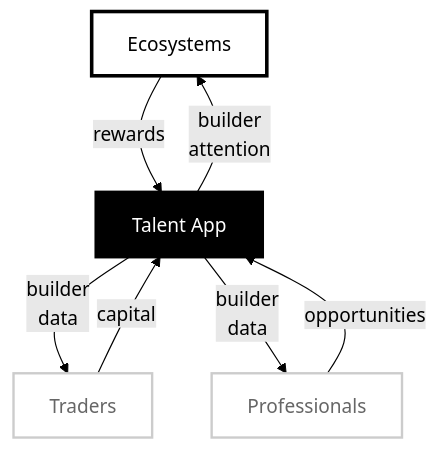
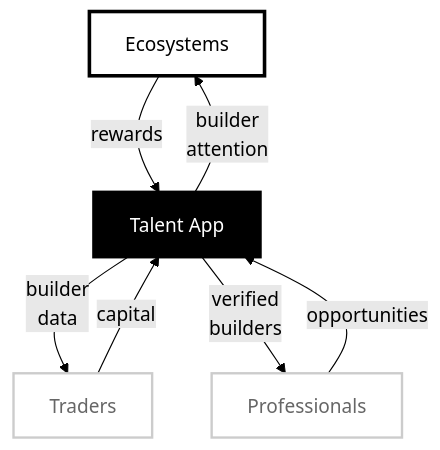
Before and after one commit to talentprotocol/talent-llms: the diagram in diagrams/ecosystem-flow-diagram.md, drawn with Mermaid (forest theme). The commit also changed other lines of this file, not shown here.

Commit message:
copy update diagram

````diff
--- a/diagrams/ecosystem-flow-diagram.md
+++ b/diagrams/ecosystem-flow-diagram.md
@@ -3,21 +3,21 @@
 ```mermaid
 graph TB
     E[Ecosystems]
     T[Talent App]
     TR[Traders]
     P[Professionals]
     
     T -->|builder<br/>attention| E
     E -->|rewards| T
     
     TR -->|capital| T
     T -->|builder<br/>data| TR
     
     P -->|opportunities| T
-    T -->|builder<br/>data| P
+    T -->|verified<br/>builders| P
     
     style E fill:#fff,stroke:#000,stroke-width:3px,color:#000
     style T fill:#000,stroke:#000,stroke-width:3px,color:#fff
     style TR fill:#fff,stroke:#ccc,stroke-width:2px,color:#666
     style P fill:#fff,stroke:#ccc,stroke-width:2px,color:#666
 ```
````
